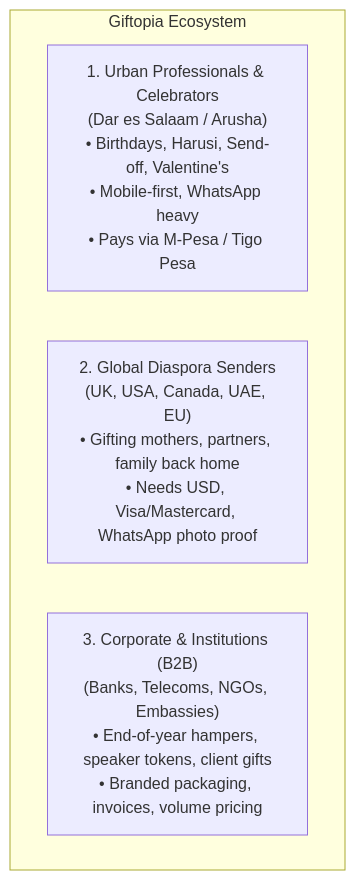
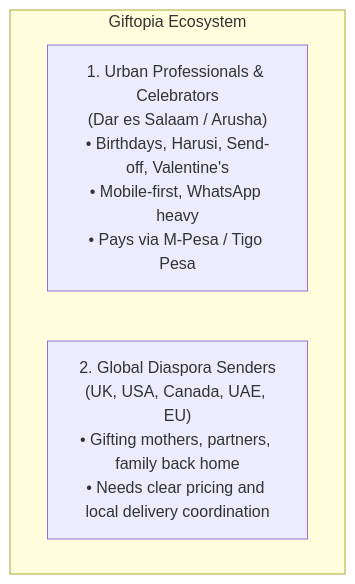
Before and after one commit to stevemeister5/frembogifts: the first of 2 diagrams in docs/brand_and_ux_strategy_tanzania.md, drawn with Mermaid. The commit also changed other lines of this file and 20 other files, not shown here.

````diff
--- a/docs/brand_and_ux_strategy_tanzania.md
+++ b/docs/brand_and_ux_strategy_tanzania.md
@@ -7,8 +7,7 @@
 ```mermaid
 flowchart TD
     subgraph Market["Giftopia Ecosystem"]
         A["1. Urban Professionals & Celebrators<br/>(Dar es Salaam / Arusha)<br/>• Birthdays, Harusi, Send-off, Valentine's<br/>• Mobile-first, WhatsApp heavy<br/>• Pays via M-Pesa / Tigo Pesa"]
-        B["2. Global Diaspora Senders<br/>(UK, USA, Canada, UAE, EU)<br/>• Gifting mothers, partners, family back home<br/>• Needs USD, Visa/Mastercard, WhatsApp photo proof"]
-        C["3. Corporate & Institutions (B2B)<br/>(Banks, Telecoms, NGOs, Embassies)<br/>• End-of-year hampers, speaker tokens, client gifts<br/>• Branded packaging, invoices, volume pricing"]
+        B["2. Global Diaspora Senders<br/>(UK, USA, Canada, UAE, EU)<br/>• Gifting mothers, partners, family back home<br/>• Needs clear pricing and local delivery coordination"]
     end
 ```
````
